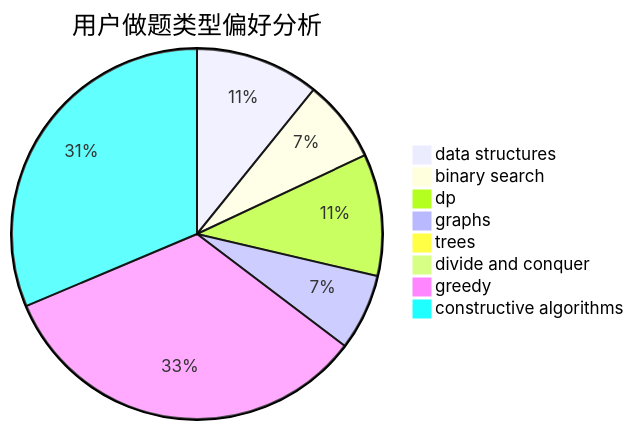
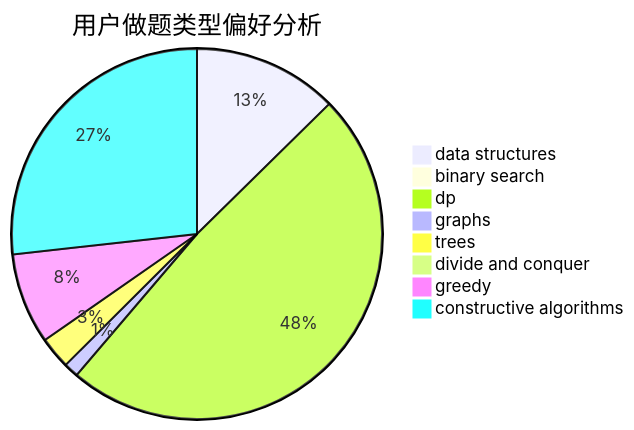
One commit to sherpahu/cfrs.github.io changed the second of 3 diagrams in docs/user/u1053.md. Above: the diagram before and after it, drawn with Mermaid. The commit also changed other lines of this file and 2770 other files, not shown here.

````diff
--- a/docs/user/u1053.md
+++ b/docs/user/u1053.md
@@ -23,11 +23,11 @@
 ```mermaid
 pie title 用户做题类型偏好分析
-    "data structures" :  60
-    "binary search" :  40
-    "dp" :  59
-    "graphs" :  37
-    "trees" :  1
+    "data structures" :  59
+    "binary search" :  3
+    "dp" :  227
+    "graphs" :  6
+    "trees" :  13
     "divide and conquer" :  0
-    "greedy" :  185
-    "constructive algorithms" :  174
+    "greedy" :  37
+    "constructive algorithms" :  125
 ```
````
